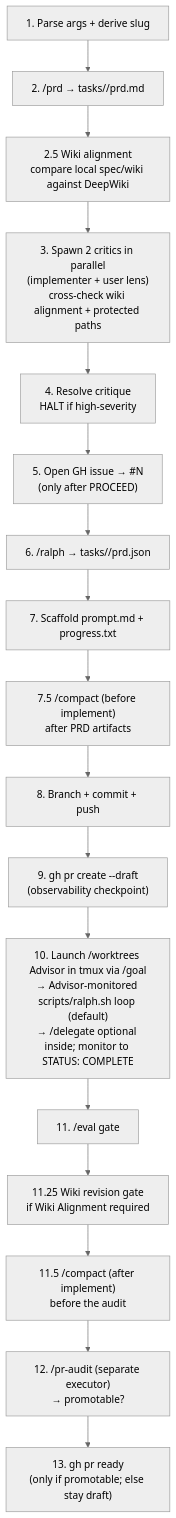
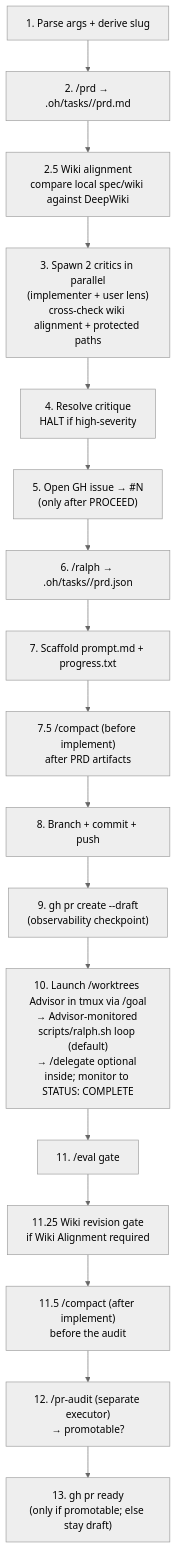
One commit to ryaneggz/mifune changed the diagram in skills/ship-spec/SKILL.md. Above: the diagram before and after it, drawn with Mermaid (neutral theme). The commit also changed other lines of this file and 22 other files, not shown here.

````diff
--- a/skills/ship-spec/SKILL.md
+++ b/skills/ship-spec/SKILL.md
@@ -23,19 +23,19 @@
 ```mermaid
 flowchart TD
-    A["1. Parse args + derive slug"] --> B["2. /prd → tasks/<slug>/prd.md"]
+    A["1. Parse args + derive slug"] --> B["2. /prd → .oh/tasks/<slug>/prd.md"]
     B --> W["2.5 Wiki alignment<br/>compare local spec/wiki against DeepWiki"]
     W --> D["3. Spawn 2 critics in parallel<br/>(implementer + user lens)<br/>cross-check wiki alignment + protected paths"]
     D --> E["4. Resolve critique<br/>HALT if high-severity"]
     E --> C["5. Open GH issue → #N<br/>(only after PROCEED)"]
-    C --> F["6. /ralph → tasks/<slug>/prd.json"]
+    C --> F["6. /ralph → .oh/tasks/<slug>/prd.json"]
     F --> G["7. Scaffold prompt.md + progress.txt"]
     G --> G2["7.5 /compact (before implement)<br/>after PRD artifacts"]
     G2 --> H["8. Branch + commit + push"]
     H --> I["9. gh pr create --draft<br/>(observability checkpoint)"]
     I --> J["10. Launch /worktrees Advisor in tmux via /goal<br/>→ Advisor-monitored scripts/ralph.sh loop (default)<br/>→ /delegate optional inside; monitor to STATUS: COMPLETE"]
     J --> K["11. /eval gate"]
     K --> W2["11.25 Wiki revision gate<br/>if Wiki Alignment required"]
     W2 --> K2["11.5 /compact (after implement)<br/>before the audit"]
     K2 --> L["12. /pr-audit (separate executor)<br/>→ promotable?"]
     L --> M["13. gh pr ready<br/>(only if promotable; else stay draft)"]
 ```
````
